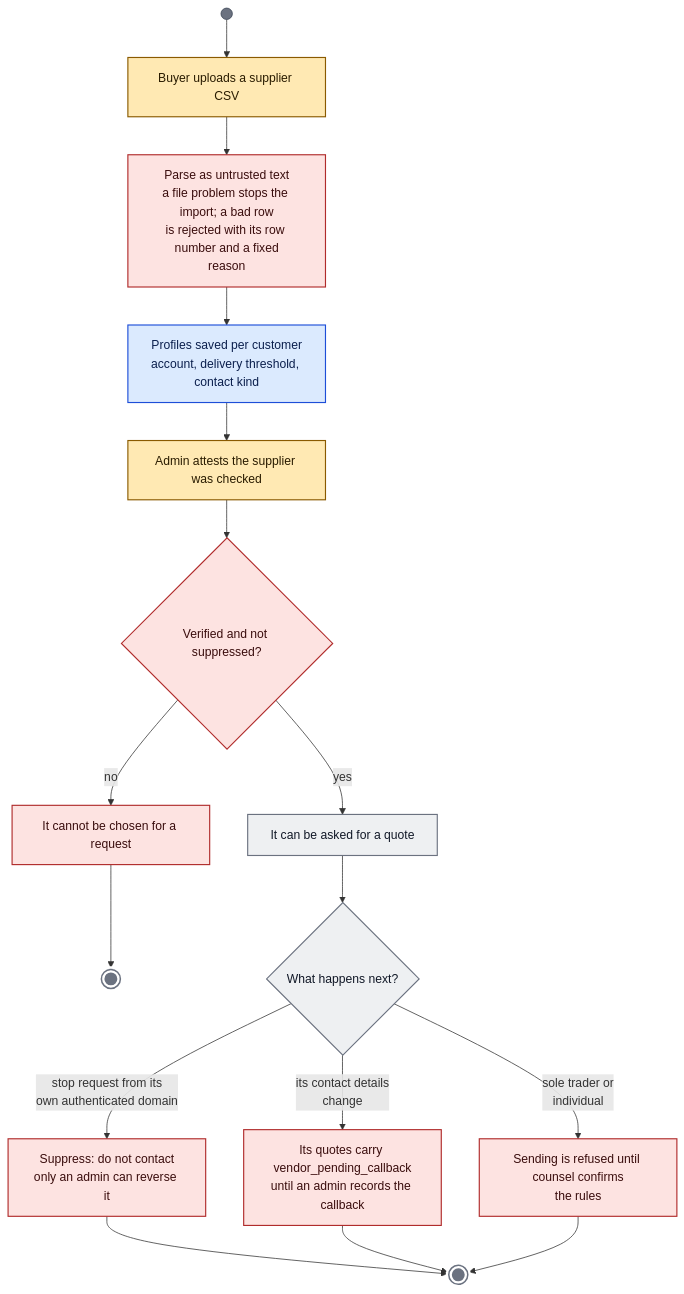
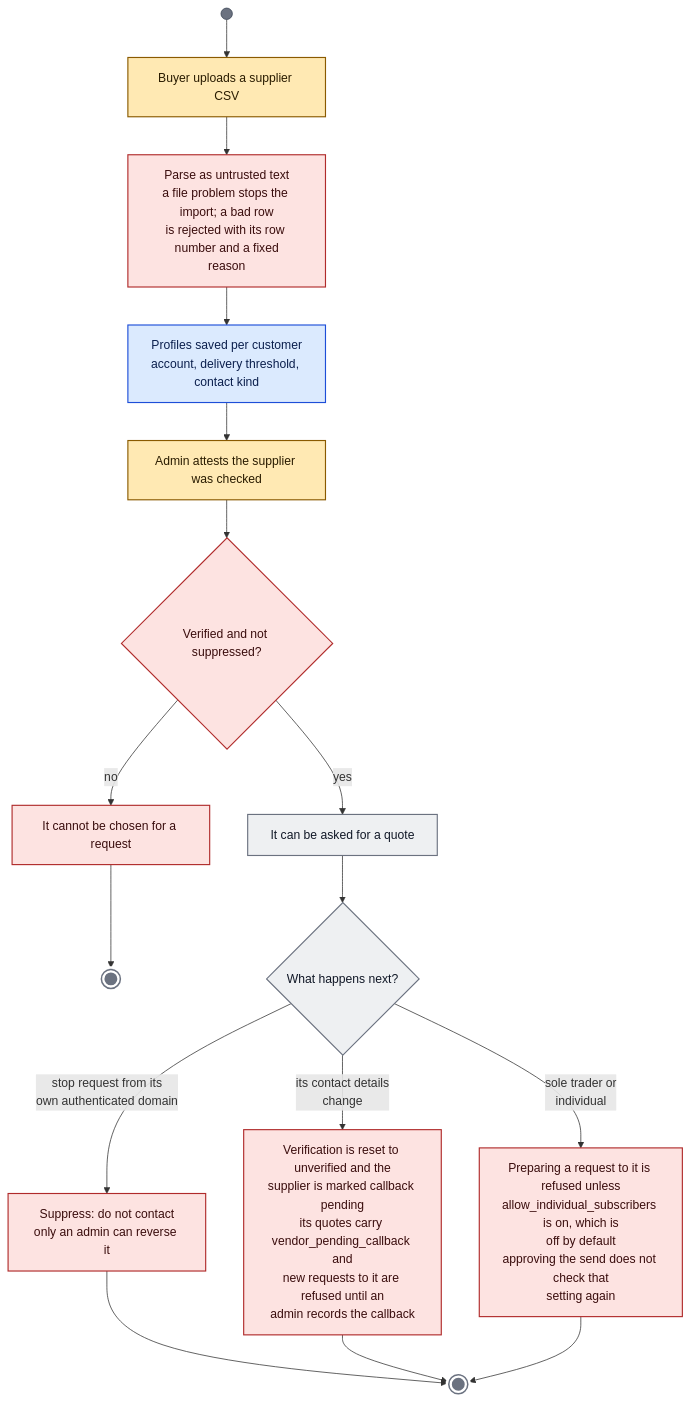
Diagram 15 of 33 in docs/architecture/activity-diagrams.md (emre-akarsu/ai-commerce-ideas), drawn with Mermaid before and after one commit. The commit also changed other lines of this file, not shown here.

First line of the commit message:
docs: correct the activity diagrams after an independent fact-check of the remaining modules and optimizations

````diff
--- a/docs/architecture/activity-diagrams.md
+++ b/docs/architecture/activity-diagrams.md
@@ -546,26 +571,26 @@
 ```mermaid
 flowchart TB
 classDef human fill:#ffe9b3,stroke:#8a5a00,color:#2a1c00,stroke-width:1.5px
 classDef rule fill:#eef0f2,stroke:#6b7280,color:#111827,stroke-width:1.5px
 classDef ai fill:#e9e3ff,stroke:#5b3fc4,color:#1e1050,stroke-width:2.5px,stroke-dasharray:6 4
 classDef opt fill:#d8f3e4,stroke:#1b7a4a,color:#0b2e1b,stroke-width:1.5px
 classDef gate fill:#fde3e1,stroke:#b02b2b,color:#3a0d0d,stroke-width:1.5px
 classDef data fill:#dbeafe,stroke:#1d4ed8,color:#0b1f4d,stroke-width:1.5px
 classDef bar fill:#6b7280,stroke:#374151,color:#ffffff
 classDef fin fill:#6b7280,stroke:#ffffff,color:#ffffff,stroke-width:3px
 S((" ")):::bar --> u1["Buyer uploads a supplier CSV"]:::human
 u1 --> u2["Parse as untrusted text<br/>a file problem stops the import; a bad row<br/>is rejected with its row number and a fixed<br/>reason"]:::gate
 u2 --> u3["Profiles saved per customer<br/>account, delivery threshold, contact kind"]:::data
 u3 --> u4["Admin attests the supplier was checked"]:::human
 u4 --> d1{"Verified and not suppressed?"}:::gate
 d1 -->|"no"| x1["It cannot be chosen for a request"]:::gate
 x1 --> E1(((" "))):::fin
 d1 -->|"yes"| u5["It can be asked for a quote"]:::rule
 u5 --> d2{"What happens next?"}:::rule
 d2 -->|"stop request from its<br/>own authenticated domain"| u6["Suppress: do not contact<br/>only an admin can reverse it"]:::gate
-d2 -->|"its contact details<br/>change"| u7["Its quotes carry vendor_pending_callback<br/>until an admin records the callback"]:::gate
-d2 -->|"sole trader or<br/>individual"| u8["Sending is refused until counsel confirms<br/>the rules"]:::gate
+d2 -->|"its contact details<br/>change"| u7["Verification is reset to unverified and the<br/>supplier is marked callback pending<br/>its quotes carry vendor_pending_callback and<br/>new requests to it are refused until an<br/>admin records the callback"]:::gate
+d2 -->|"sole trader or<br/>individual"| u8["Preparing a request to it is refused unless<br/>allow_individual_subscribers is on, which is<br/>off by default<br/>approving the send does not check that<br/>setting again"]:::gate
 u6 --> E2(((" "))):::fin
 u7 --> E2
 u8 --> E2
 ```
````
